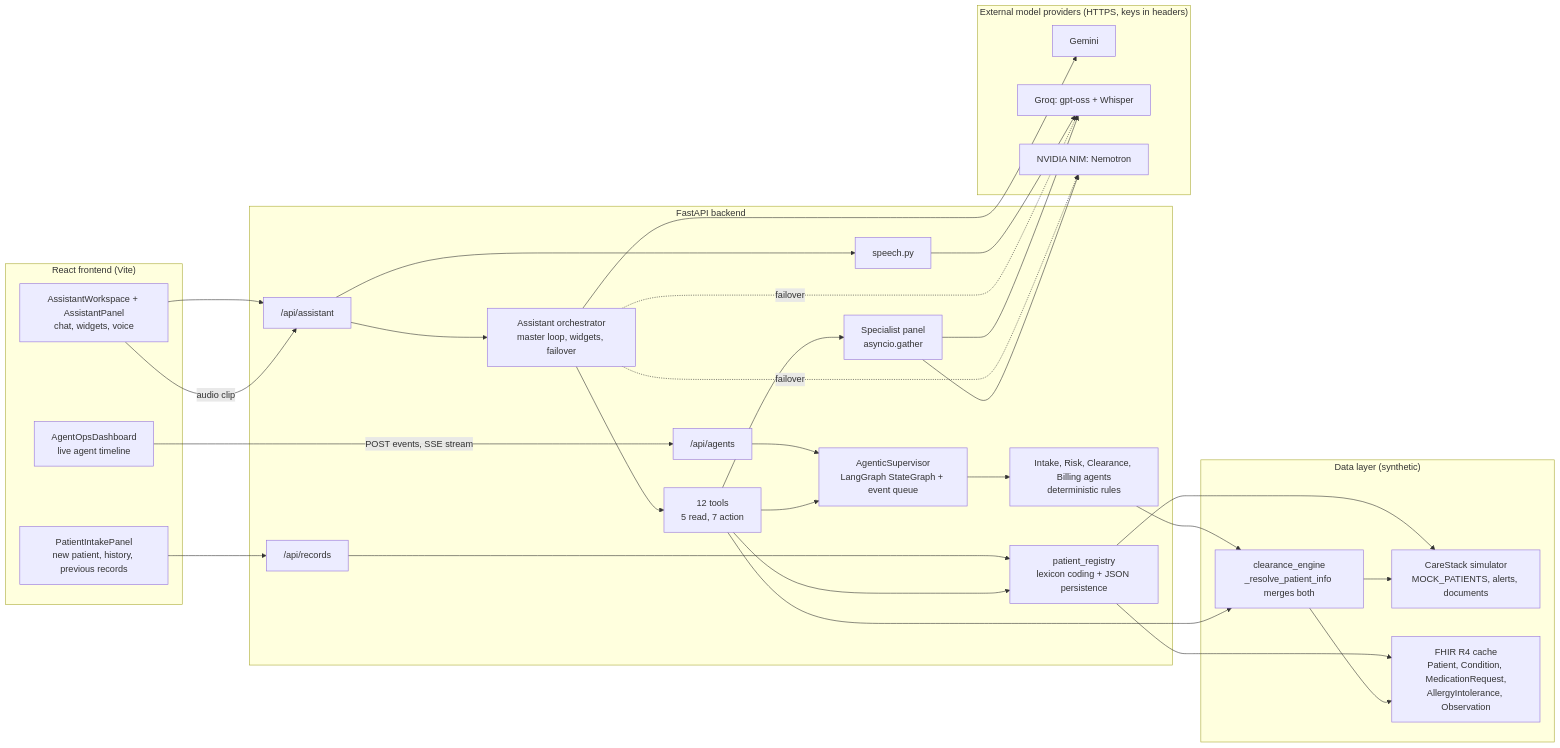
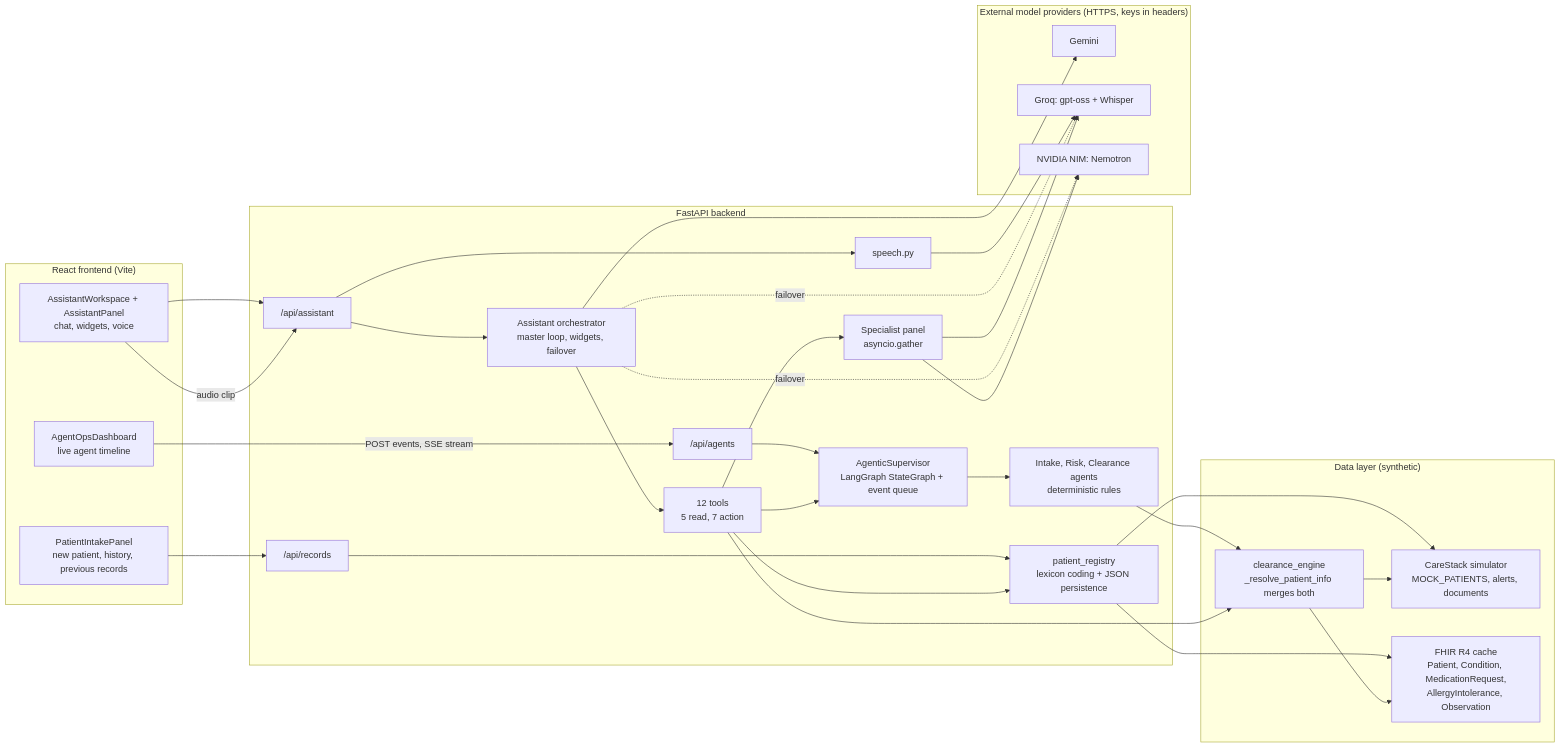
One commit to flykrth/team-aether changed the first of 7 diagrams in docs/MAO_PLATFORM.md. Above: the diagram before and after it, drawn with Mermaid. The commit also changed other lines of this file and 25 other files, not shown here.

````diff
--- a/docs/MAO_PLATFORM.md
+++ b/docs/MAO_PLATFORM.md
@@ -104,53 +105,53 @@
 ```mermaid
 flowchart LR
     subgraph UI["React frontend (Vite)"]
         OPS["AgentOpsDashboard<br/>live agent timeline"]
         CHAT["AssistantWorkspace + AssistantPanel<br/>chat, widgets, voice"]
         REC["PatientIntakePanel<br/>new patient, history, previous records"]
     end
 
     subgraph API["FastAPI backend"]
         RA["/api/agents"]
         RS["/api/assistant"]
         RR["/api/records"]
         SUP["AgenticSupervisor<br/>LangGraph StateGraph + event queue"]
-        AG["Intake, Risk, Clearance, Billing agents<br/>deterministic rules"]
+        AG["Intake, Risk, Clearance agents<br/>deterministic rules"]
         ORCH["Assistant orchestrator<br/>master loop, widgets, failover"]
         TOOLS["12 tools<br/>5 read, 7 action"]
         SPEC["Specialist panel<br/>asyncio.gather"]
         STT["speech.py"]
         REG["patient_registry<br/>lexicon coding + JSON persistence"]
     end
 
     subgraph DATA["Data layer (synthetic)"]
         CS["CareStack simulator<br/>MOCK_PATIENTS, alerts, documents"]
         FHIR["FHIR R4 cache<br/>Patient, Condition, MedicationRequest,<br/>AllergyIntolerance, Observation"]
         CE["clearance_engine<br/>_resolve_patient_info merges both"]
     end
 
     subgraph LLM["External model providers (HTTPS, keys in headers)"]
         GEM["Gemini"]
         GROQ["Groq: gpt-oss + Whisper"]
         NIM["NVIDIA NIM: Nemotron"]
     end
 
     OPS -- "POST events, SSE stream" --> RA --> SUP --> AG
     CHAT --> RS --> ORCH --> TOOLS
     CHAT -- "audio clip" --> RS
     RS --> STT --> GROQ
     REC --> RR --> REG
     ORCH --> GEM
     ORCH -.failover.-> GROQ
     ORCH -.failover.-> NIM
     TOOLS --> SUP
     TOOLS --> REG
     TOOLS --> SPEC
     SPEC --> GROQ
     SPEC --> NIM
     AG --> CE
     TOOLS --> CE
     REG --> CS
     REG --> FHIR
     CE --> CS
     CE --> FHIR
 ```
````
